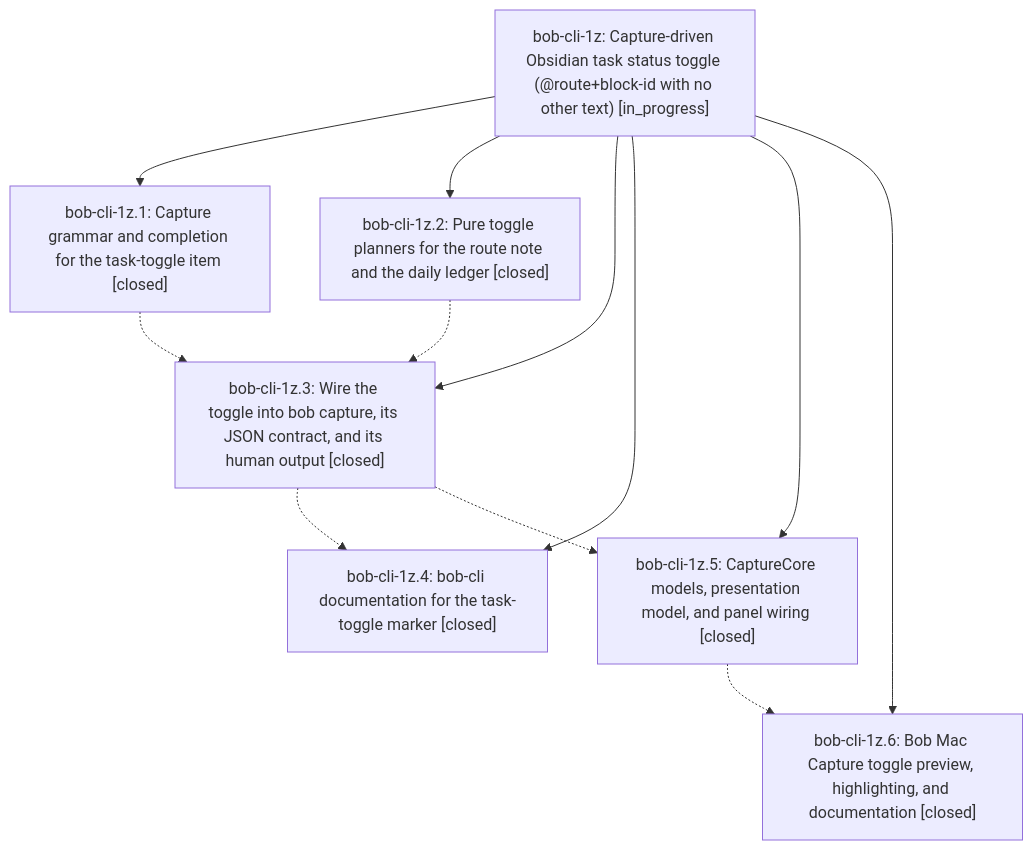
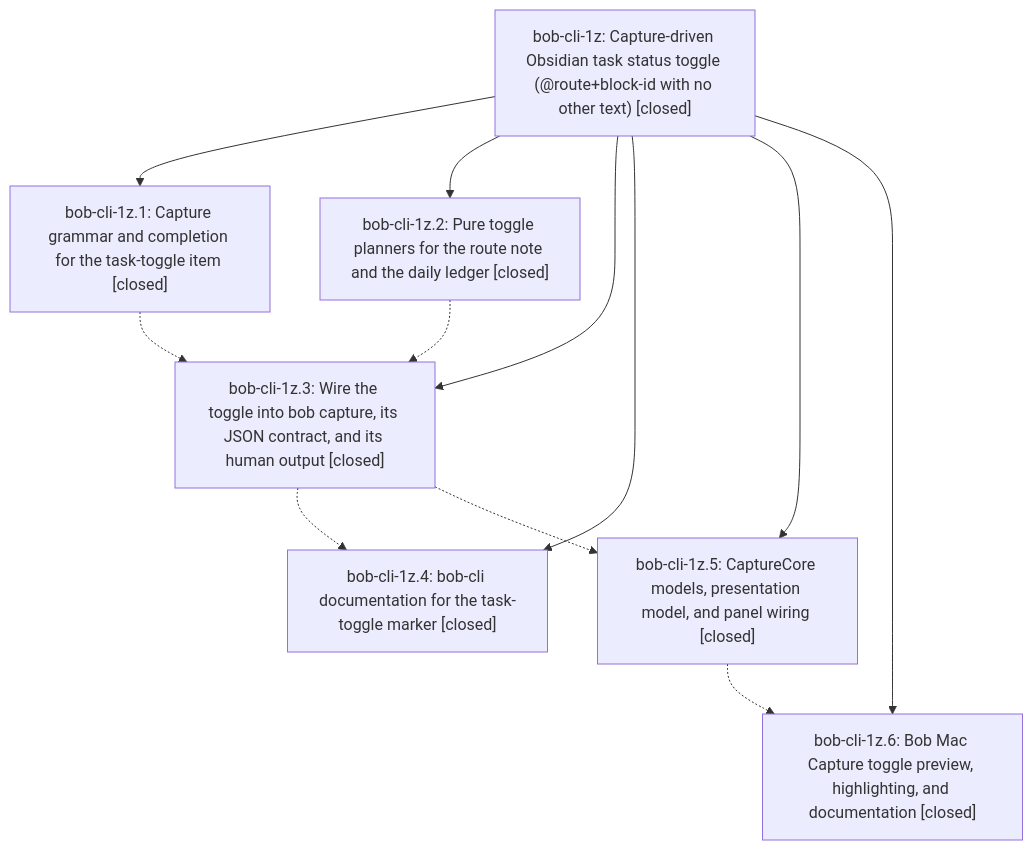
The diagram in pages/bob-cli-1z/README.md (bobs-org/bob-cli--beads), drawn with Mermaid before and after one commit. The commit also changed other lines of this file, not shown here.

First line of the commit message:
chore(beads): sync bead state and pages for bob-cli-1z

````diff
--- a/pages/bob-cli-1z/README.md
+++ b/pages/bob-cli-1z/README.md
@@ -39,21 +43,21 @@
 ```mermaid
 flowchart TD
-    n0["bob-cli-1z: Capture-driven Obsidian task status toggle (@route+block-id with no other text) [in_progress]"]
+    n0["bob-cli-1z: Capture-driven Obsidian task status toggle (@route+block-id with no other text) [closed]"]
     n1["bob-cli-1z.1: Capture grammar and completion for the task-toggle item [closed]"]
     n2["bob-cli-1z.2: Pure toggle planners for the route note and the daily ledger [closed]"]
     n3["bob-cli-1z.3: Wire the toggle into bob capture, its JSON contract, and its human output [closed]"]
     n4["bob-cli-1z.4: bob-cli documentation for the task-toggle marker [closed]"]
     n5["bob-cli-1z.5: CaptureCore models, presentation model, and panel wiring [closed]"]
     n6["bob-cli-1z.6: Bob Mac Capture toggle preview, highlighting, and documentation [closed]"]
     n0 --> n1
     n0 --> n2
     n0 --> n3
     n0 --> n4
     n0 --> n5
     n0 --> n6
     n1 -.-> n3
     n2 -.-> n3
     n3 -.-> n4
     n3 -.-> n5
     n5 -.-> n6
 ```
````
